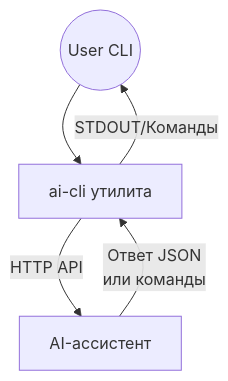
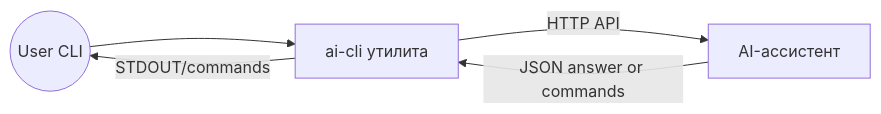
Before and after one commit to johnthesmith/ai-cli: the diagram in README.md, drawn with Mermaid.

Commit message:
Auto commit

````diff
--- a/README.md
+++ b/README.md
@@ -28,8 +28,7 @@
 ```mermaid
-flowchart TD
+flowchart LR
     User((User CLI)) --> AI_CLI[ai-cli утилита]
     AI_CLI -->|HTTP API| AI_Assistant[AI-ассистент]
-    AI_Assistant-->|Ответ JSON
-или команды|AI_CLI
-    AI_CLI -->|STDOUT/Команды| User
+    AI_Assistant-->|JSON answer or commands|AI_CLI
+    AI_CLI -->|STDOUT/commands| User
 ```
````
